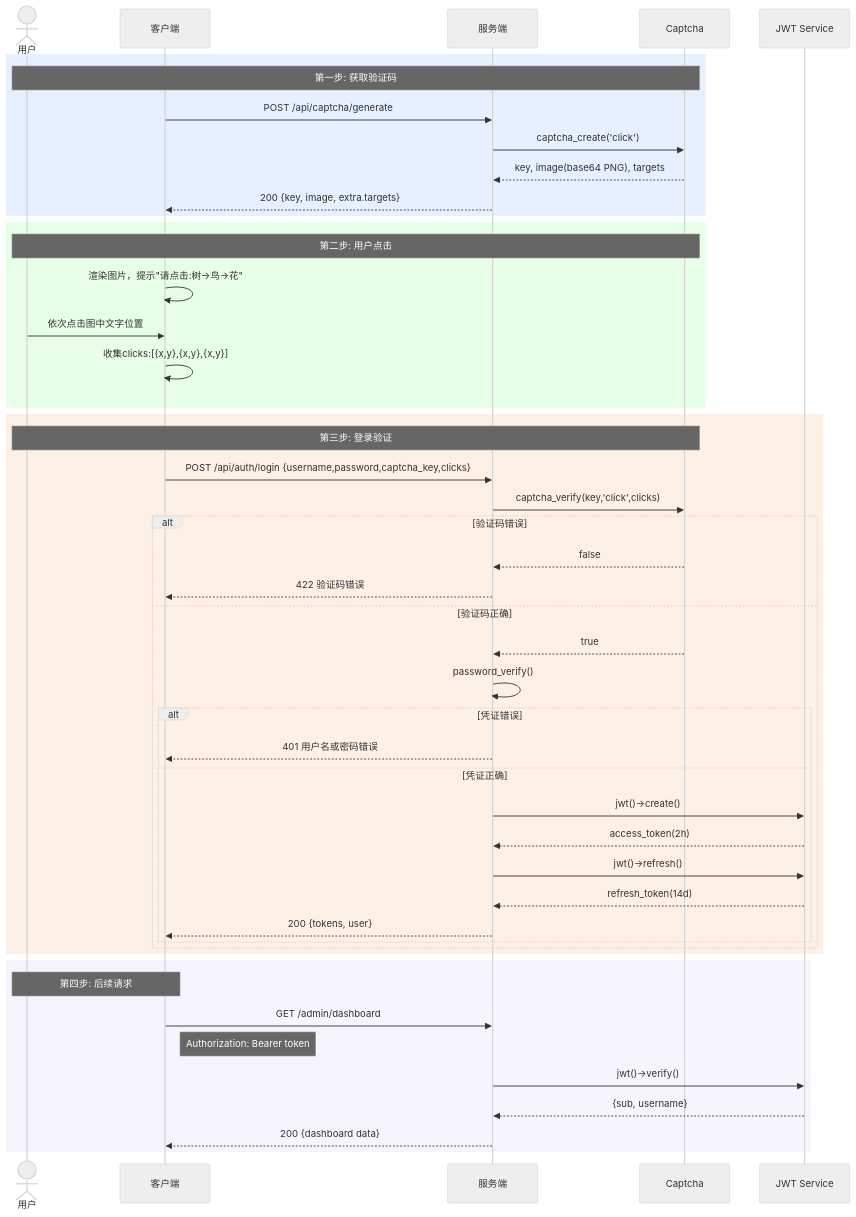
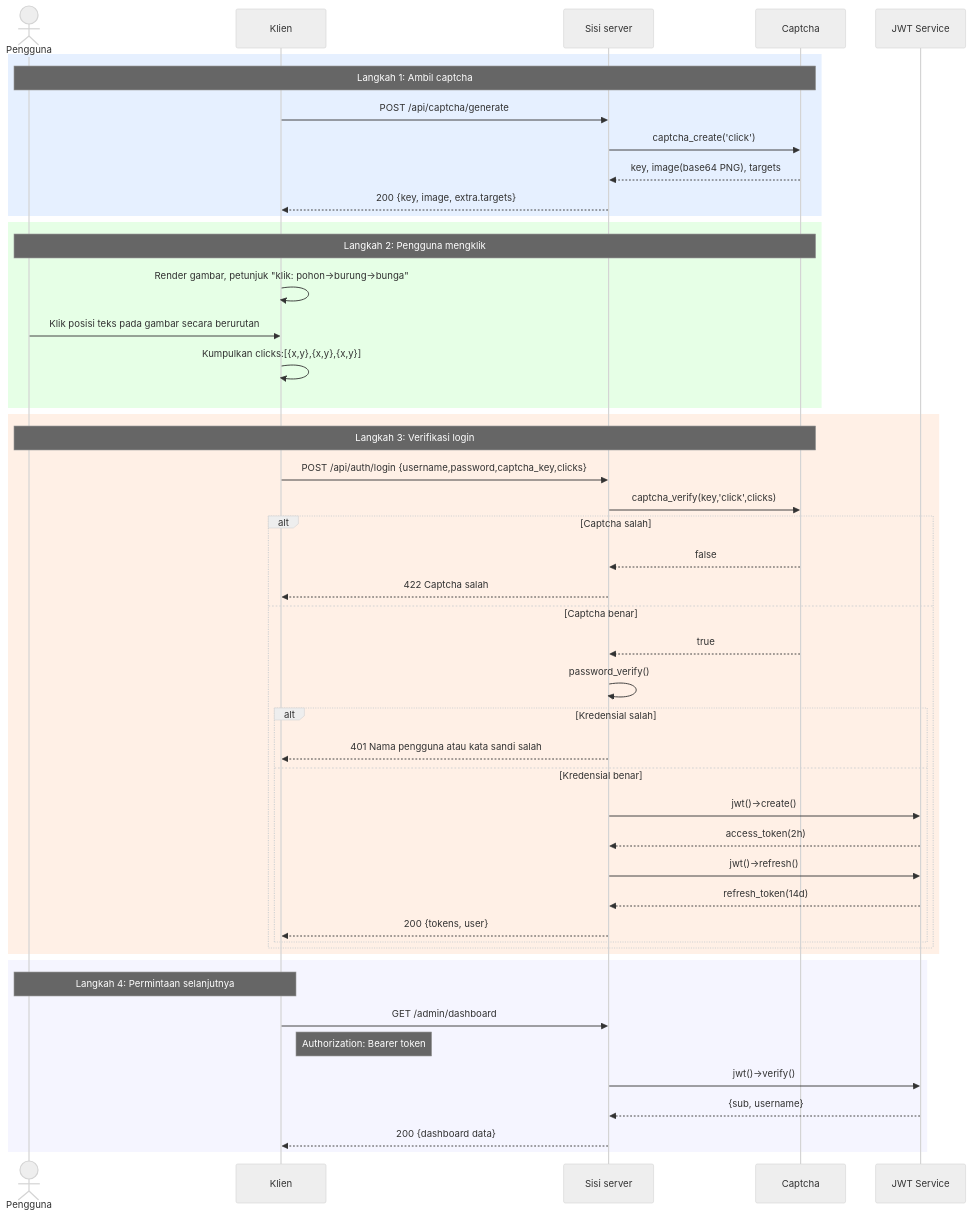
Before and after one commit to erikwang2013/game-platform-php: the diagram in admin/docs/diagrams/04-auth-captcha-flow.id.md, drawn with Mermaid (neutral theme). The commit also changed 211 other files, not shown here.

First line of the commit message:
fix: 支付配置读回类型根治、提现事件对账巡检，12 语族 mermaid 与 API 标签本地化

````diff
--- a/admin/docs/diagrams/04-auth-captcha-flow.id.md
+++ b/admin/docs/diagrams/04-auth-captcha-flow.id.md
@@ -7,55 +7,55 @@
 ```mermaid
 sequenceDiagram
-    actor U as 用户
-    participant CL as 客户端
-    participant SV as 服务端
+    actor U as Pengguna
+    participant CL as Klien
+    participant SV as Sisi server
     participant CAP as Captcha
     participant JWT as JWT Service
 
     rect rgb(230, 240, 255)
-    Note over U,CAP: 第一步: 获取验证码
+    Note over U,CAP: Langkah 1: Ambil captcha
     CL->>SV: POST /api/captcha/generate
     SV->>CAP: captcha_create('click')
     CAP-->>SV: key, image(base64 PNG), targets
     SV-->>CL: 200 {key, image, extra.targets}
     end
 
     rect rgb(230, 255, 230)
-    Note over U,CAP: 第二步: 用户点击
-    CL->>CL: 渲染图片，提示"请点击:树→鸟→花"
-    U->>CL: 依次点击图中文字位置
-    CL->>CL: 收集clicks:[{x,y},{x,y},{x,y}]
+    Note over U,CAP: Langkah 2: Pengguna mengklik
+    CL->>CL: Render gambar, petunjuk "klik: pohon→burung→bunga"
+    U->>CL: Klik posisi teks pada gambar secara berurutan
+    CL->>CL: Kumpulkan clicks:[{x,y},{x,y},{x,y}]
     end
 
     rect rgb(255, 240, 230)
-    Note over U,CAP: 第三步: 登录验证
+    Note over U,CAP: Langkah 3: Verifikasi login
     CL->>SV: POST /api/auth/login {username,password,captcha_key,clicks}
     SV->>CAP: captcha_verify(key,'click',clicks)
 
-    alt 验证码错误
+    alt Captcha salah
         CAP-->>SV: false
-        SV-->>CL: 422 验证码错误
-    else 验证码正确
+        SV-->>CL: 422 Captcha salah
+    else Captcha benar
         CAP-->>SV: true
         SV->>SV: password_verify()
-        alt 凭证错误
-            SV-->>CL: 401 用户名或密码错误
-        else 凭证正确
+        alt Kredensial salah
+            SV-->>CL: 401 Nama pengguna atau kata sandi salah
+        else Kredensial benar
             SV->>JWT: jwt()->create()
             JWT-->>SV: access_token(2h)
             SV->>JWT: jwt()->refresh()
             JWT-->>SV: refresh_token(14d)
             SV-->>CL: 200 {tokens, user}
         end
     end
     end
 
     rect rgb(245, 245, 255)
-    Note over U,CL: 第四步: 后续请求
+    Note over U,CL: Langkah 4: Permintaan selanjutnya
     CL->>SV: GET /admin/dashboard
     Note right of CL: Authorization: Bearer token
     SV->>JWT: jwt()->verify()
     JWT-->>SV: {sub, username}
     SV-->>CL: 200 {dashboard data}
     end
 ```
````
